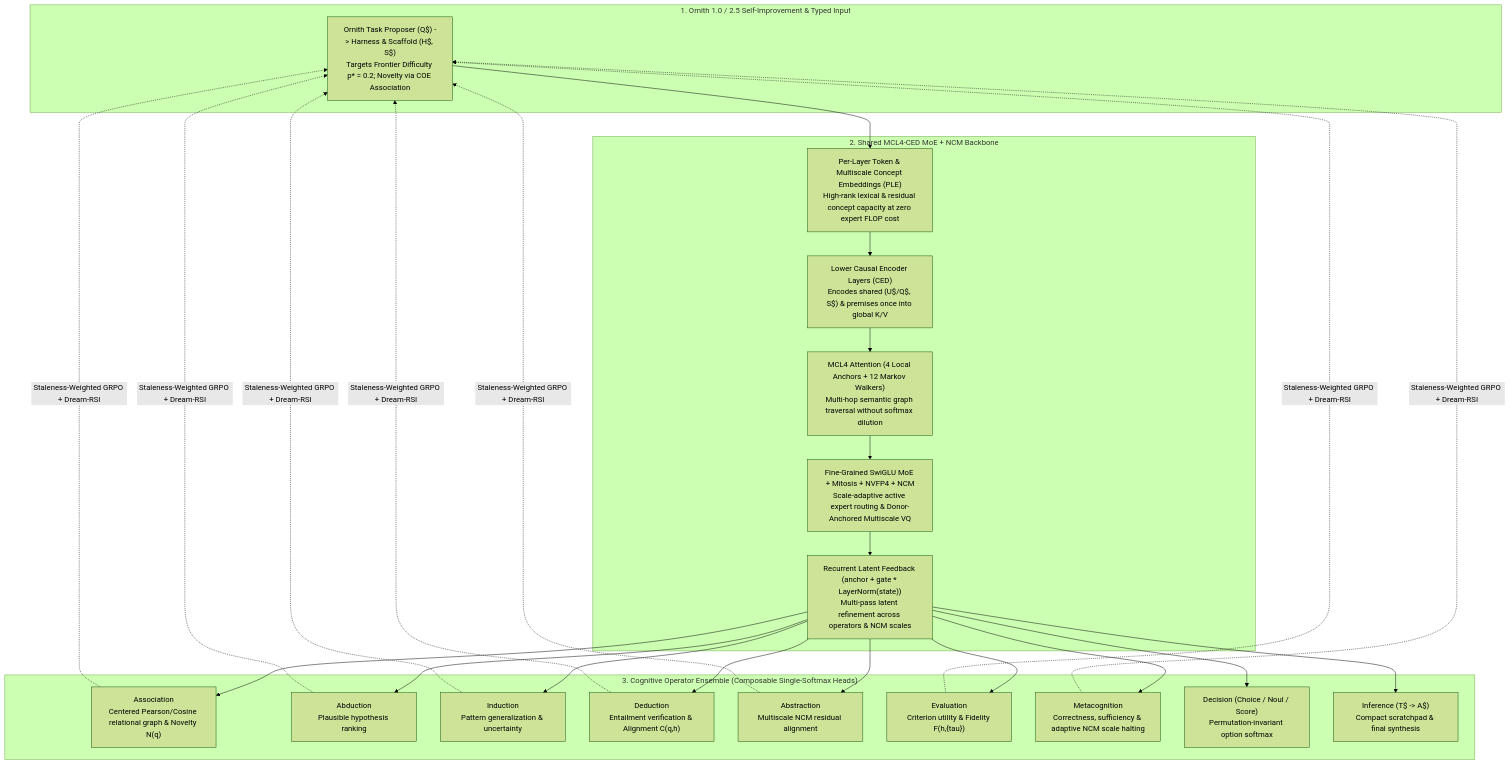
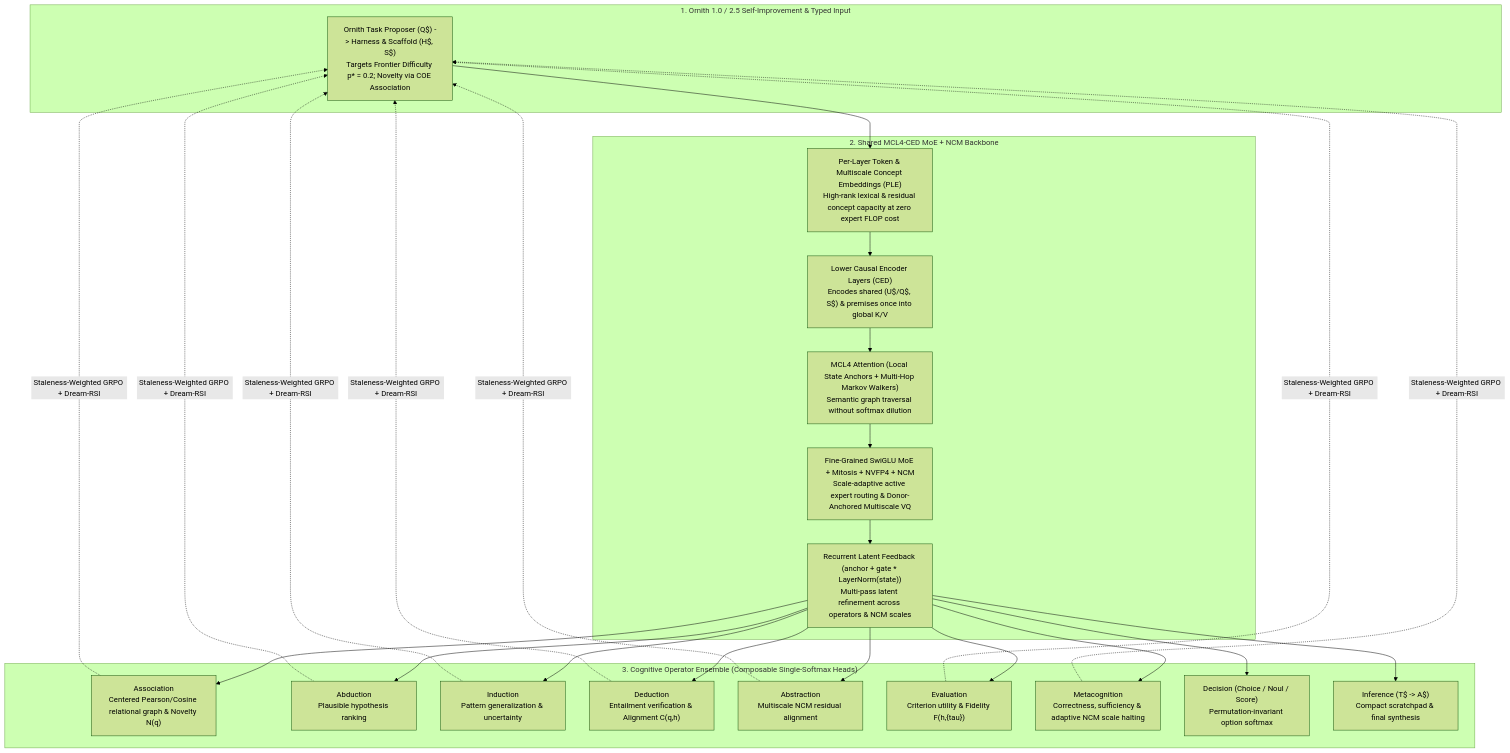
The diagram in README.md (mESmaC/mcl4-coe-ncm), drawn with Mermaid (forest theme) before and after one commit. The commit also changed other lines of this file and 3 other files, not shown here.

````diff
--- a/README.md
+++ b/README.md
@@ -87,31 +100,31 @@
 ```mermaid
 flowchart TD
     subgraph Input["1. Ornith 1.0 / 2.5 Self-Improvement & Typed Input"]
         U["Ornith Task Proposer (Q$) -> Harness & Scaffold (H$, S$)<br/>Targets Frontier Difficulty p* = 0.2; Novelty via COE Association"]
     end
 
     subgraph Backbone["2. Shared MCL4-CED MoE + NCM Backbone"]
         PLE["Per-Layer Token & Multiscale Concept Embeddings (PLE)<br/>High-rank lexical & residual concept capacity at zero expert FLOP cost"]
         ENC["Lower Causal Encoder Layers (CED)<br/>Encodes shared (U$/Q$, S$) & premises once into global K/V"]
-        MCL4["MCL4 Attention (4 Local Anchors + 12 Markov Walkers)<br/>Multi-hop semantic graph traversal without softmax dilution"]
+        MCL4["MCL4 Attention (Local State Anchors + Multi-Hop Markov Walkers)<br/>Semantic graph traversal without softmax dilution"]
         MOE["Fine-Grained SwiGLU MoE + Mitosis + NVFP4 + NCM<br/>Scale-adaptive active expert routing & Donor-Anchored Multiscale VQ"]
         REC["Recurrent Latent Feedback (anchor + gate * LayerNorm(state))<br/>Multi-pass latent refinement across operators & NCM scales"]
         PLE --> ENC --> MCL4 --> MOE --> REC
     end
 
     subgraph COE["3. Cognitive Operator Ensemble (Composable Single-Softmax Heads)"]
         ASSOC["Association<br/>Centered Pearson/Cosine relational graph & Novelty N(q)"]
         ABD["Abduction<br/>Plausible hypothesis ranking"]
         IND["Induction<br/>Pattern generalization & uncertainty"]
         DED["Deduction<br/>Entailment verification & Alignment C(q,h)"]
         ABS["Abstraction<br/>Multiscale NCM residual alignment"]
         EVAL["Evaluation<br/>Criterion utility & Fidelity F(h,{tau})"]
         META["Metacognition<br/>Correctness, sufficiency & adaptive NCM scale halting"]
         DEC["Decision (Choice / Noul / Score)<br/>Permutation-invariant option softmax"]
         INF["Inference (T$ -> A$)<br/>Compact scratchpad & final synthesis"]
     end
 
     U --> PLE
     REC --> ASSOC & ABD & IND & DED & ABS & EVAL & META & DEC & INF
     ASSOC & ABD & IND & DED & ABS & EVAL & META -. "Staleness-Weighted GRPO + Dream-RSI" .-> U
 ```
````
